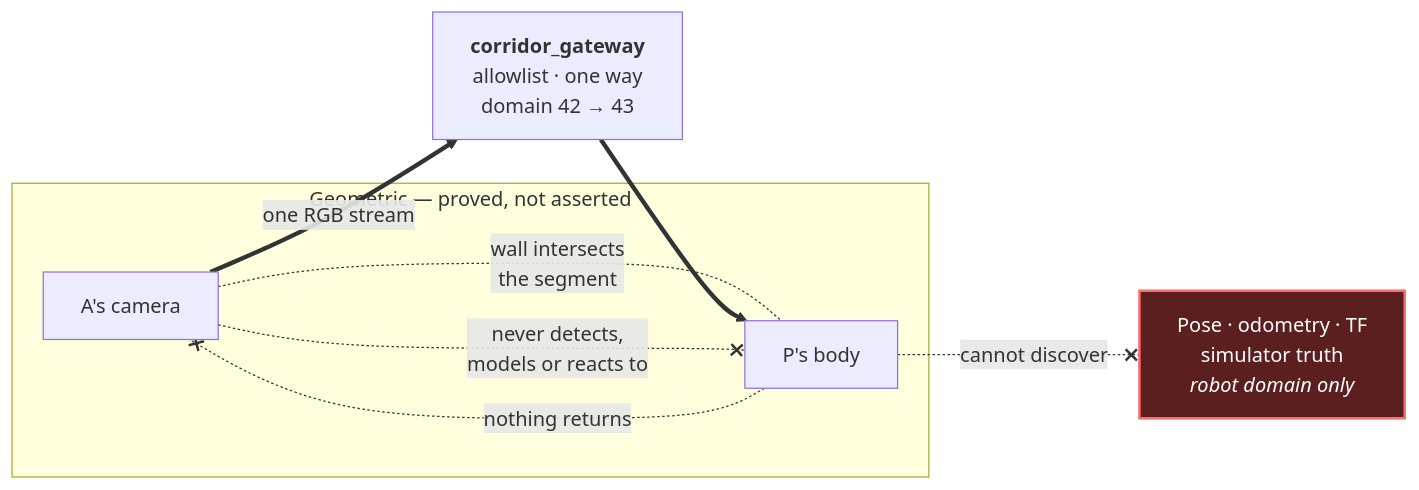
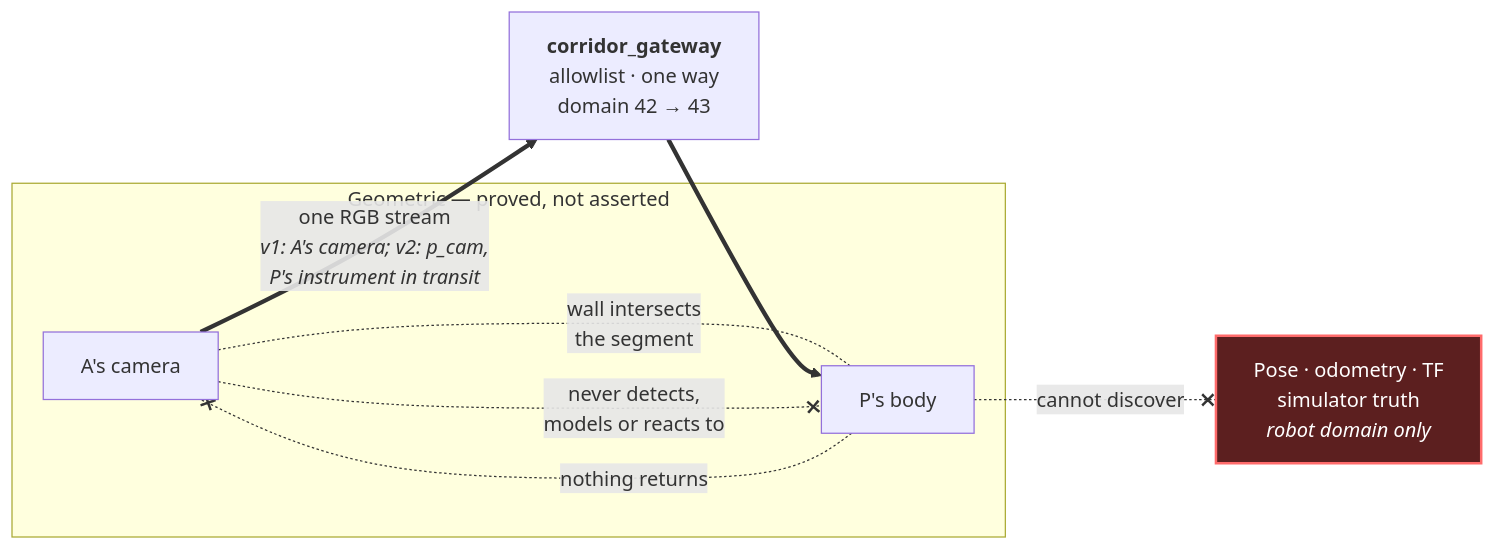
The first of 2 diagrams in CLAUDE.md (alexandergmzx/corridor-twin), drawn with Mermaid before and after one commit. The commit also changed other lines of this file and 1 other file, not shown here.

````diff
--- a/CLAUDE.md
+++ b/CLAUDE.md
@@ -144,15 +158,15 @@
 ```mermaid
 flowchart LR
     subgraph Geometry["Geometric &mdash; proved, not asserted"]
         A["A's camera"] -. "wall intersects<br/>the segment" .- P["P's body"]
     end
 
-    A ==> |"one RGB stream"| GW["<b>corridor_gateway</b><br/>allowlist &middot; one way<br/>domain 42 &rarr; 43"]
+    A ==> |"one RGB stream<br/><i>v1: A's camera; v2: p_cam,<br/>P's instrument in transit</i>"| GW["<b>corridor_gateway</b><br/>allowlist &middot; one way<br/>domain 42 &rarr; 43"]
     GW ==> P
 
     P -. "cannot discover" .-x Truth["Pose &middot; odometry &middot; TF<br/>simulator truth<br/><i>robot domain only</i>"]:::blocked
     A -. "never detects,<br/>models or reacts to" .-x P
     P -. "nothing returns" .-x A
 
     classDef blocked fill:#5c1f1f,color:#ffffff,stroke:#ff6b6b,stroke-width:2px;
 ```
````
